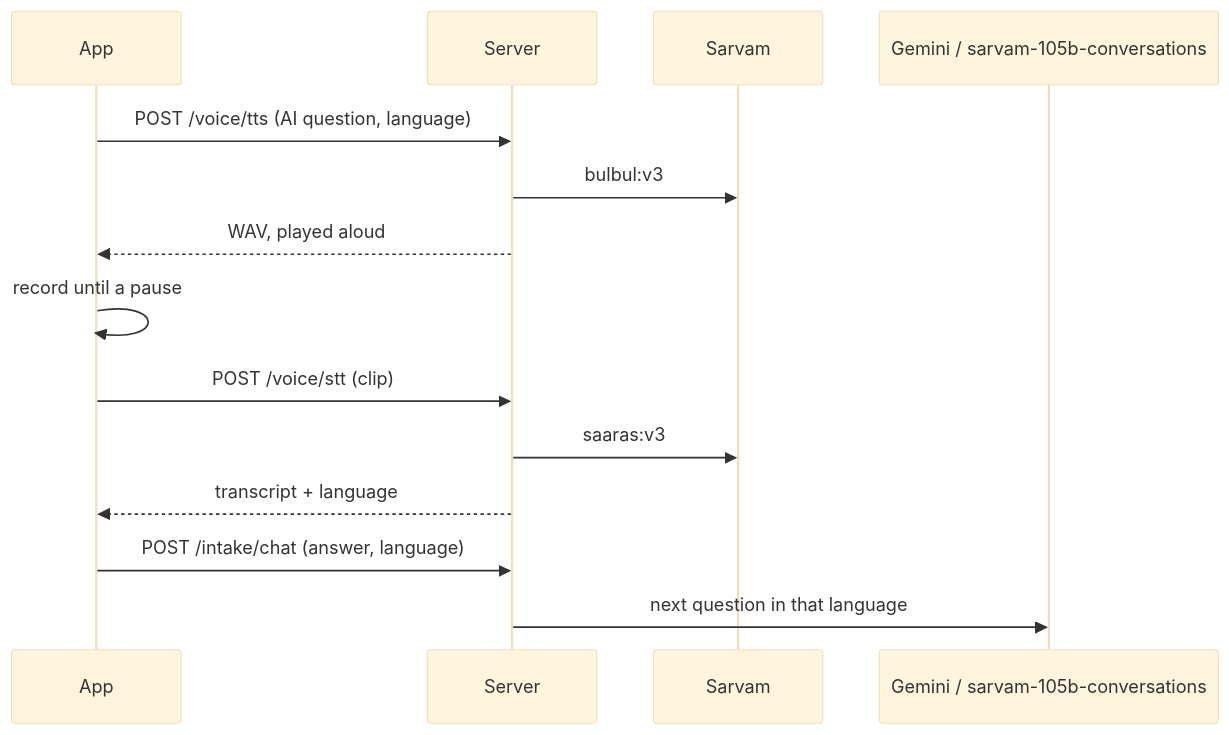
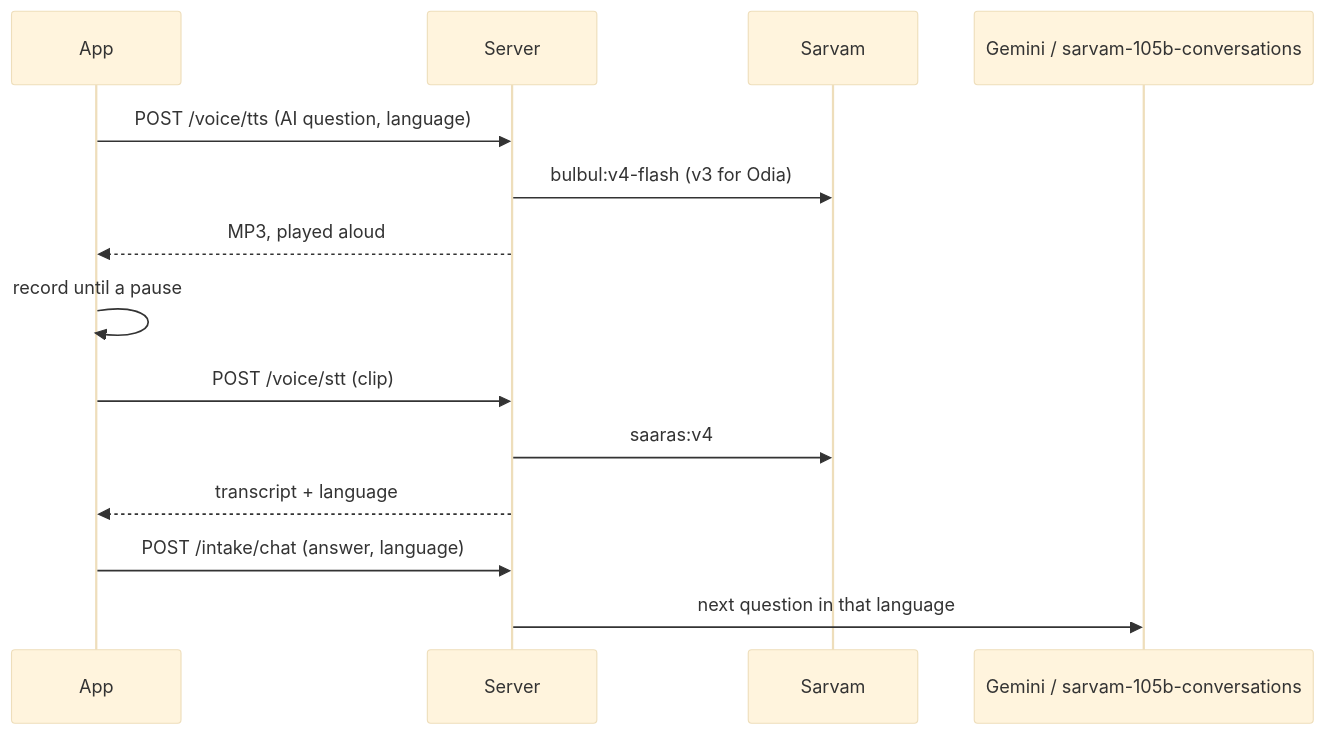
Before and after one commit to swaindhruti/visus-eye-screening-app: the fourth of 4 diagrams in docs/ARCHITECTURE.md, drawn with Mermaid (base theme). The commit also changed other lines of this file and 9 other files, not shown here.

Commit message:
docs: Sarvam SDK, voice models, out-of-credits fallback and GET /voice in API, ARCHITECTURE, READMEs, MID_PROGRESS, WORK and progress

````diff
--- a/docs/ARCHITECTURE.md
+++ b/docs/ARCHITECTURE.md
@@ -165,16 +166,16 @@
 ```mermaid
 sequenceDiagram
   participant App
   participant Server
   participant Sarvam
   participant AI as Gemini / sarvam-105b-conversations
   App->>Server: POST /voice/tts (AI question, language)
-  Server->>Sarvam: bulbul:v3
-  Server-->>App: WAV, played aloud
+  Server->>Sarvam: bulbul:v4-flash (v3 for Odia)
+  Server-->>App: MP3, played aloud
   App->>App: record until a pause
   App->>Server: POST /voice/stt (clip)
-  Server->>Sarvam: saaras:v3
+  Server->>Sarvam: saaras:v4
   Server-->>App: transcript + language
   App->>Server: POST /intake/chat (answer, language)
   Server->>AI: next question in that language
 ```
````
